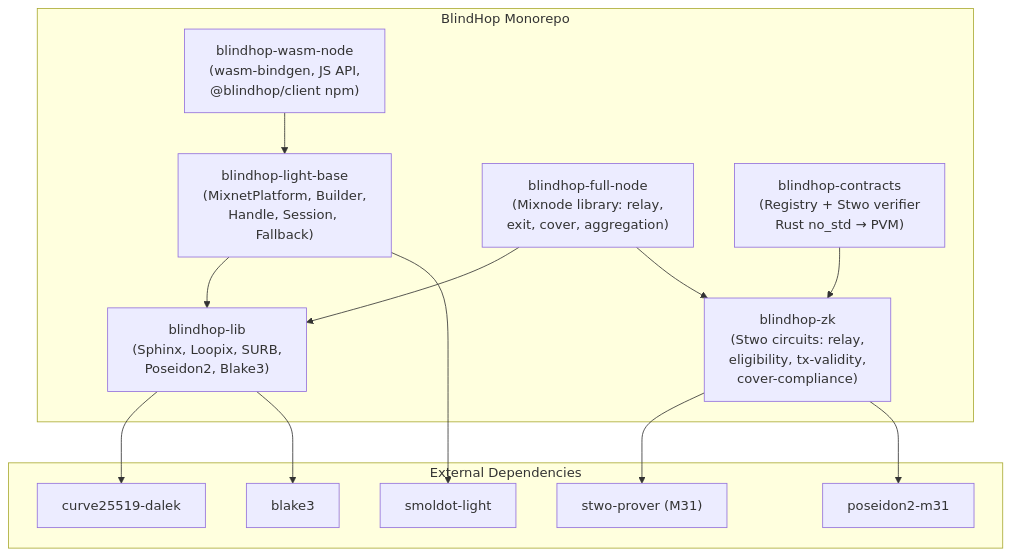
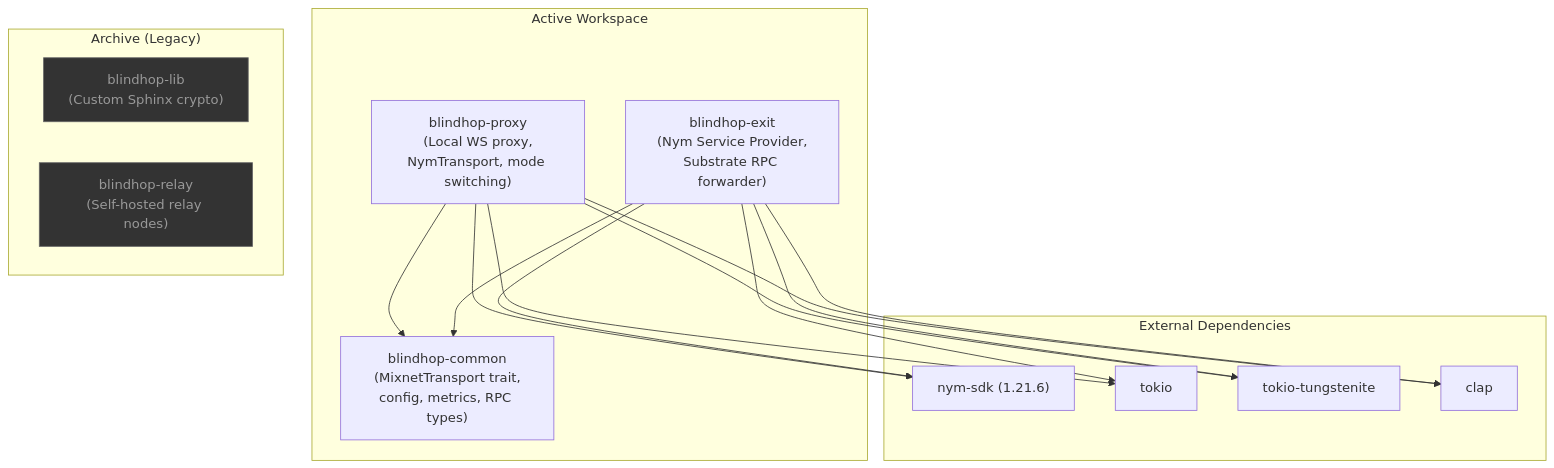
One commit to BlindHop/BlindHop changed the diagram in docs/docs/architecture/crate-structure.md. Above: the diagram before and after it, drawn with Mermaid. The commit also changed other lines of this file and 121 other files, not shown here.

First line of the commit message:
feat!: pivot MVP to Nym mixnet with browser-embedded Wasm client

````diff
--- a/docs/docs/architecture/crate-structure.md
+++ b/docs/docs/architecture/crate-structure.md
@@ -12,30 +12,34 @@
 ```mermaid
 graph TD
-    subgraph "BlindHop Monorepo"
-        BL["blindhop-lib\n(Sphinx, Loopix, SURB,\nPoseidon2, Blake3)"]
-        BLB["blindhop-light-base\n(MixnetPlatform, Builder,\nHandle, Session, Fallback)"]
-        BWN["blindhop-wasm-node\n(wasm-bindgen, JS API,\n@blindhop/client npm)"]
-        BFN["blindhop-full-node\n(Mixnode library: relay,\nexit, cover, aggregation)"]
-        BZK["blindhop-zk\n(Stwo circuits: relay,\neligibility, tx-validity,\ncover-compliance)"]
-        BCT["blindhop-contracts\n(Registry + Stwo verifier\nRust no_std → PVM)"]
+    subgraph "Active Workspace"
+        BC["blindhop-common\n(MixnetTransport trait,\nconfig, metrics, RPC types)"]
+        BP["blindhop-proxy\n(Local WS proxy,\nNymTransport, mode switching)"]
+        BE["blindhop-exit\n(Nym Service Provider,\nSubstrate RPC forwarder)"]
     end
 
     subgraph "External Dependencies"
-        SM["smoldot-light"]
-        ST["stwo-prover (M31)"]
-        CD["curve25519-dalek"]
-        B3["blake3"]
-        P2["poseidon2-m31"]
+        NS["nym-sdk (1.21.6)"]
+        TK["tokio"]
+        TT["tokio-tungstenite"]
+        CL["clap"]
     end
 
-    BWN --> BLB
-    BLB --> BL
-    BLB --> SM
-    BFN --> BL
-    BFN --> BZK
-    BZK --> ST
-    BZK --> P2
-    BCT --> BZK
-    BL --> CD
-    BL --> B3
+    subgraph "Archive (Legacy)"
+        BL["blindhop-lib\n(Custom Sphinx crypto)"]
+        BR["blindhop-relay\n(Self-hosted relay nodes)"]
+    end
+
+    BP --> BC
+    BE --> BC
+    BP --> NS
+    BE --> NS
+    BP --> TT
+    BE --> TT
+    BP --> TK
+    BE --> TK
+    BP --> CL
+    BE --> CL
+
+    style BL fill:#333,stroke:#666,color:#999
+    style BR fill:#333,stroke:#666,color:#999
 ```
````
